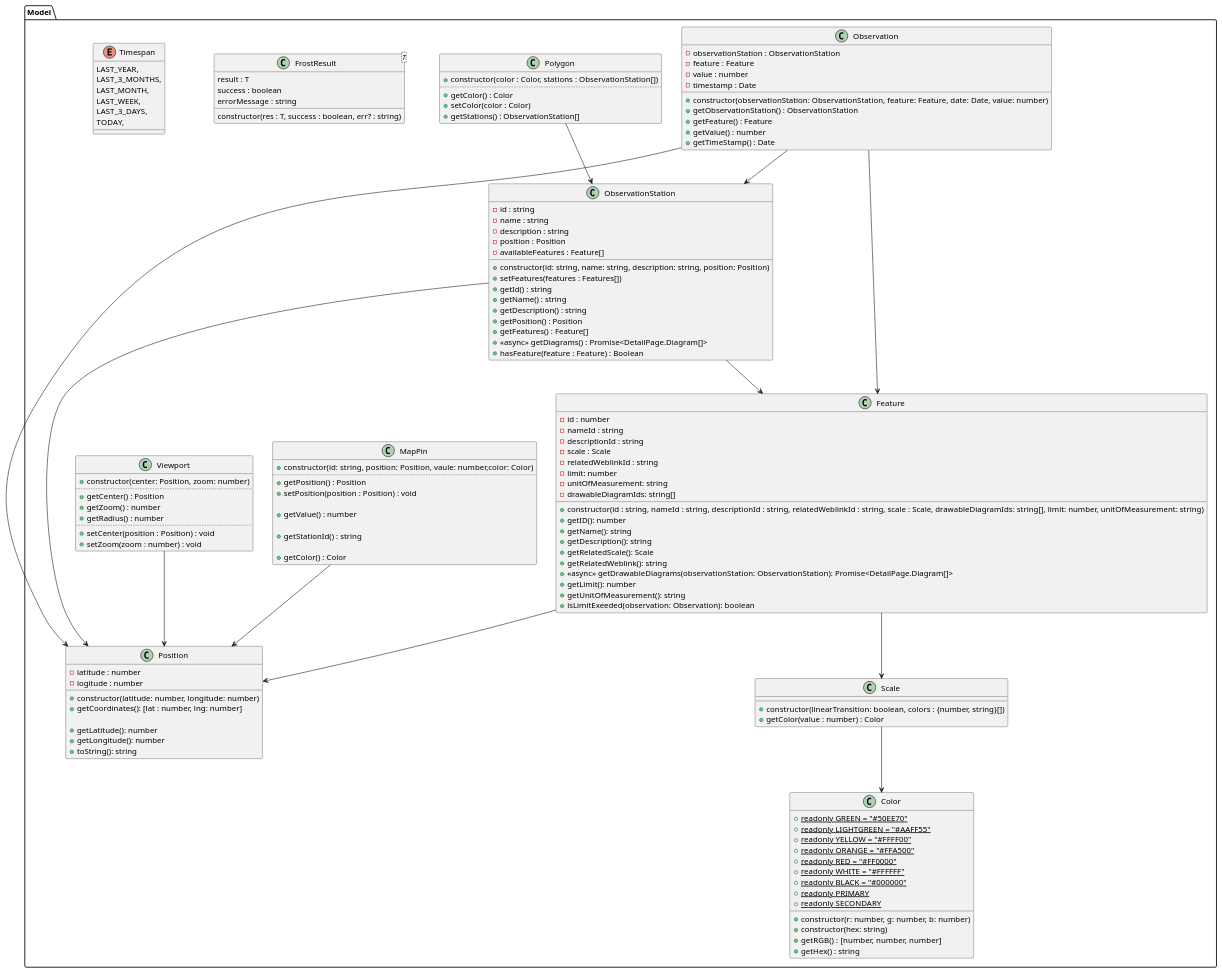
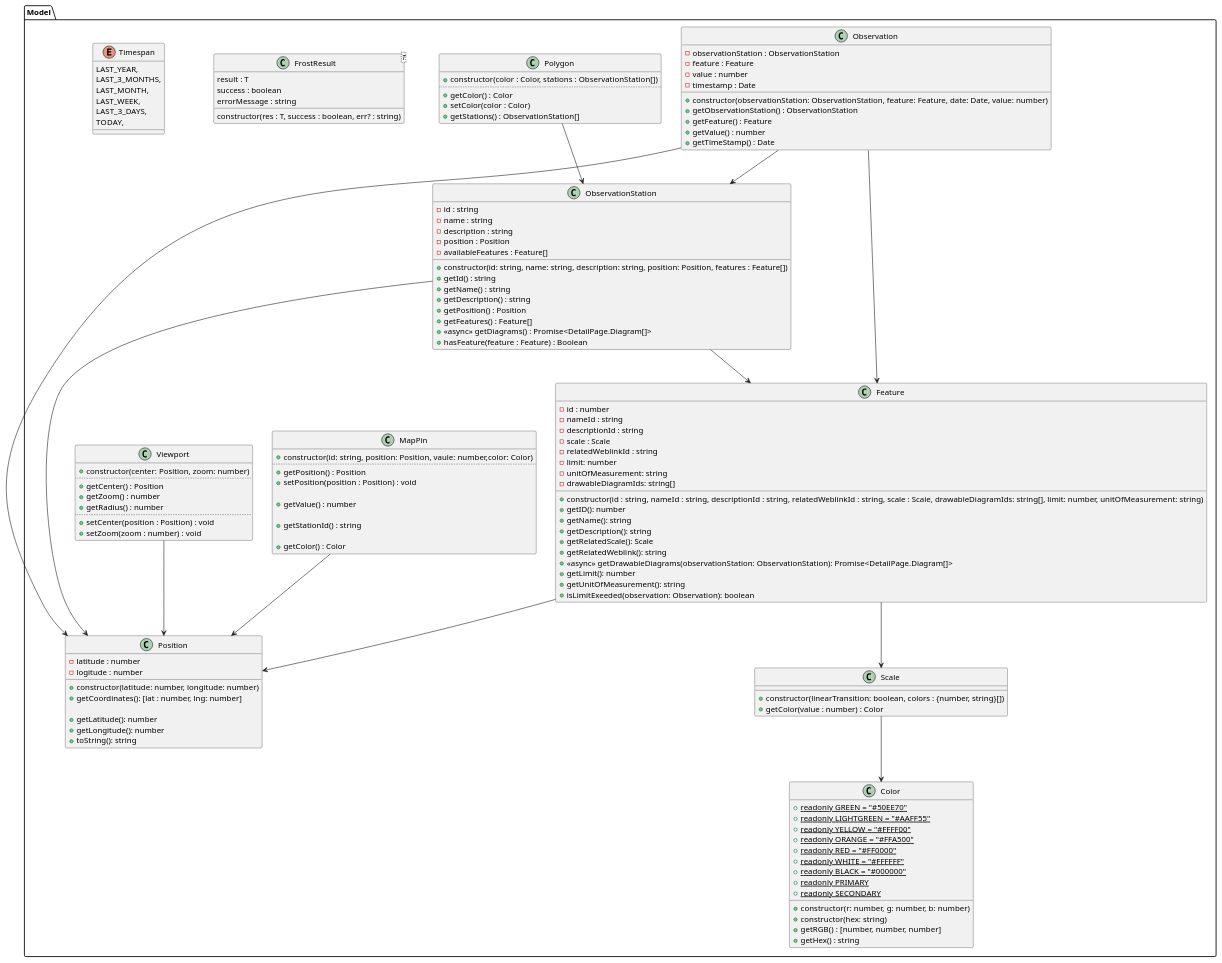
One commit to JonaEnz/pse-airquality-1 changed the diagram in Entwurf/PlantUML/ClassDiagrams/MVC/Model.puml. Above: the diagram before and after it, drawn with PlantUML. The commit also changed 1 other file, not shown here.

```diff
--- a/Entwurf/PlantUML/ClassDiagrams/MVC/Model.puml
+++ b/Entwurf/PlantUML/ClassDiagrams/MVC/Model.puml
@@ -1,160 +1,159 @@
 @startuml Model
 
 namespace Model {
 
 
     Feature --> Position
     Feature --> Scale
 
     MapPin --> Position
     Viewport --> Position
 
     Observation --> Feature
     Observation --> Position
     Observation --> ObservationStation
 
     ObservationStation --> Feature
     ObservationStation --> Position
 
     Scale --> Color
 
     Polygon --> ObservationStation
 
     class FrostResult<T> {
             constructor(res : T, success : boolean, err? : string)
             result : T
             success : boolean
             errorMessage : string
         }
 
     class Polygon {
         + constructor(color : Color, stations : ObservationStation[])
         ..
         + getColor() : Color
         + setColor(color : Color)
         + getStations() : ObservationStation[]
     }
 
     class MapPin {
         +constructor(id: string, position: Position, vaule: number,color: Color)
         ..
         + getPosition() : Position
         + setPosition(position : Position) : void
 
         + getValue() : number
 
         + getStationId() : string
 
         + getColor() : Color
     }
 
     class Viewport {
         + constructor(center: Position, zoom: number)
         ..
         + getCenter() : Position
         + getZoom() : number
         + getRadius() : number
         ..
         + setCenter(position : Position) : void
         + setZoom(zoom : number) : void
     }
 
     class ObservationStation {
         - id : string
         - name : string
         - description : string
         - position : Position
         - availableFeatures : Feature[]
 
-        + constructor(id: string, name: string, description: string, position: Position)
-        + setFeatures(features : Features[])
+        + constructor(id: string, name: string, description: string, position: Position, features : Feature[])
         + getId() : string
         + getName() : string
         + getDescription() : string
         + getPosition() : Position
         + getFeatures() : Feature[]
         + <<async>> getDiagrams() : Promise<DetailPage.Diagram[]>
         + hasFeature(feature : Feature) : Boolean
     }
 
     class Observation {
         - observationStation : ObservationStation
         - feature : Feature
         - value : number
         - timestamp : Date
 
         + constructor(observationStation: ObservationStation, feature: Feature, date: Date, value: number)
         + getObservationStation() : ObservationStation
         + getFeature() : Feature
         + getValue() : number
         + getTimeStamp() : Date
     }
 
     enum Timespan {
         LAST_YEAR,
         LAST_3_MONTHS,
         LAST_MONTH,
         LAST_WEEK,
         LAST_3_DAYS,
         TODAY,
     }
 
     class Position {
         - latitude : number
         - logitude : number
 
         + constructor(latitude: number, longitude: number)
         + getCoordinates(): [lat : number, lng: number]
 
         + getLatitude(): number
         + getLongitude(): number
         + toString(): string
     }
 
     class Feature {
         - id : number
         - nameId : string
         - descriptionId : string
         - scale : Scale
         - relatedWeblinkId : string
         - limit: number
         - unitOfMeasurement: string
         - drawableDiagramIds: string[]
 
         + constructor(id : string, nameId : string, descriptionId : string, relatedWeblinkId : string, scale : Scale, drawableDiagramIds: string[], limit: number, unitOfMeasurement: string)
         + getID(): number
         + getName(): string
         + getDescription(): string
         + getRelatedScale(): Scale
         + getRelatedWeblink(): string
         + <<async>> getDrawableDiagrams(observationStation: ObservationStation): Promise<DetailPage.Diagram[]>
         + getLimit(): number
         + getUnitOfMeasurement(): string
         + isLimitExeeded(observation: Observation): boolean
     }
 
     class Color {
         {static} + readonly GREEN = "#50EE70"
         {static} + readonly LIGHTGREEN = "#AAFF55"
         {static} + readonly YELLOW = "#FFFF00"
         {static} + readonly ORANGE = "#FFA500"
         {static} + readonly RED = "#FF0000"
         {static} + readonly WHITE = "#FFFFFF"
         {static} + readonly BLACK = "#000000"
         {static} + readonly PRIMARY
         {static} + readonly SECONDARY
 
         + constructor(r: number, g: number, b: number)
         + constructor(hex: string)
         + getRGB() : [number, number, number]
         + getHex() : string
     }
 
     class Scale {
         + constructor(linearTransition: boolean, colors : {number, string}[])
         + getColor(value : number) : Color
     }
 
 }
 
 @enduml
```
